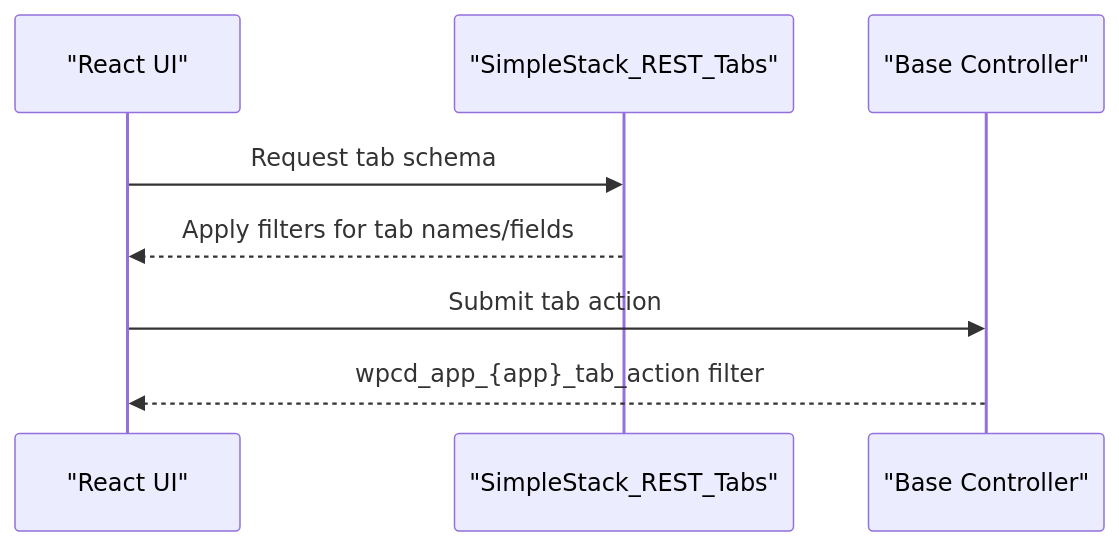
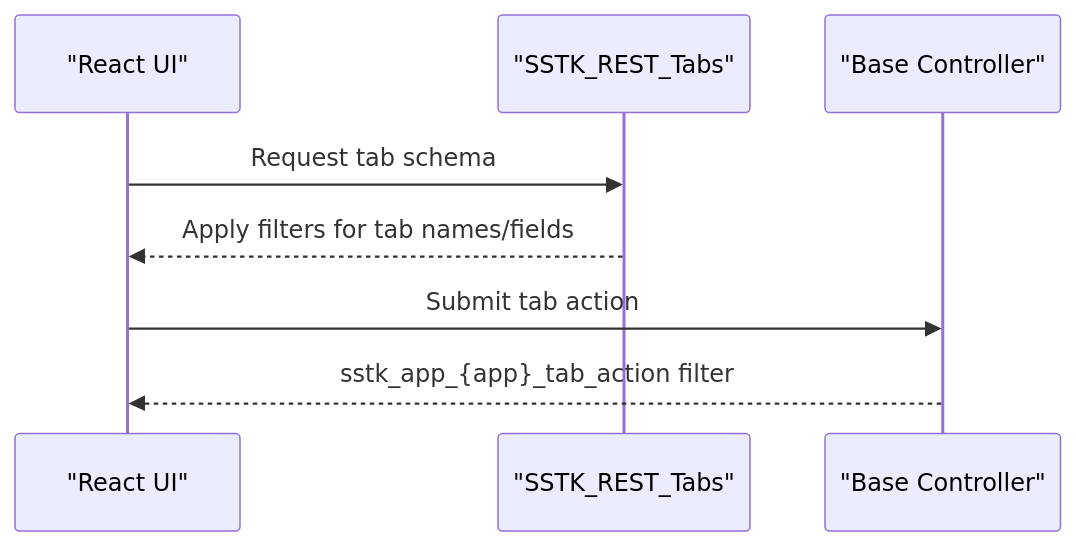
One commit to onedogsolutions/simple-stack changed the sixth of 8 diagrams in .qoder/repowiki/en/content/WordPress Application Engine/Customization & Extension Points/Hook System & Lifecycle Customization.md. Above: the diagram before and after it, drawn with Mermaid. The commit also changed other lines of this file and 5941 other files, not shown here.

First line of the commit message:
refactor(core): rebrand WPCloudDeploy to Simple Stack with new namespaces and prefixes

````diff
--- a/.qoder/repowiki/en/content/WordPress Application Engine/Customization & Extension Points/Hook System & Lifecycle Customization.md
+++ b/.qoder/repowiki/en/content/WordPress Application Engine/Customization & Extension Points/Hook System & Lifecycle Customization.md
@@ -234,10 +234,10 @@
 ```mermaid
 sequenceDiagram
 participant Client as "React UI"
-participant Tabs as "SimpleStack_REST_Tabs"
+participant Tabs as "SSTK_REST_Tabs"
 participant Base as "Base Controller"
 Client->>Tabs : Request tab schema
 Tabs-->>Client : Apply filters for tab names/fields
 Client->>Base : Submit tab action
-Base-->>Client : wpcd_app_{app}_tab_action filter
+Base-->>Client : sstk_app_{app}_tab_action filter
 ```
````
